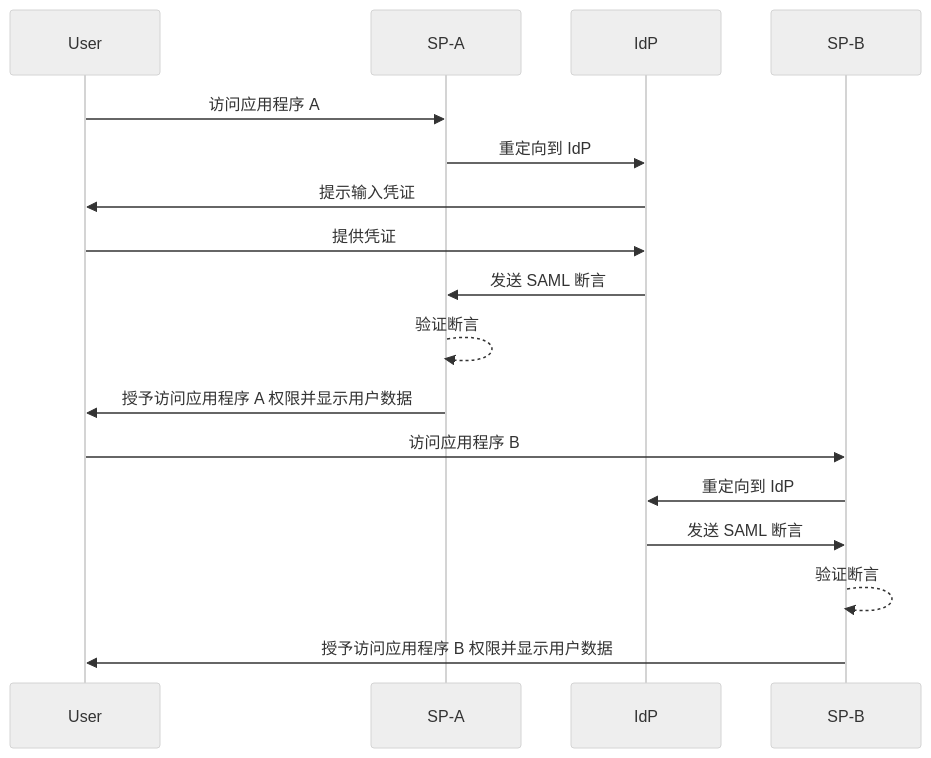
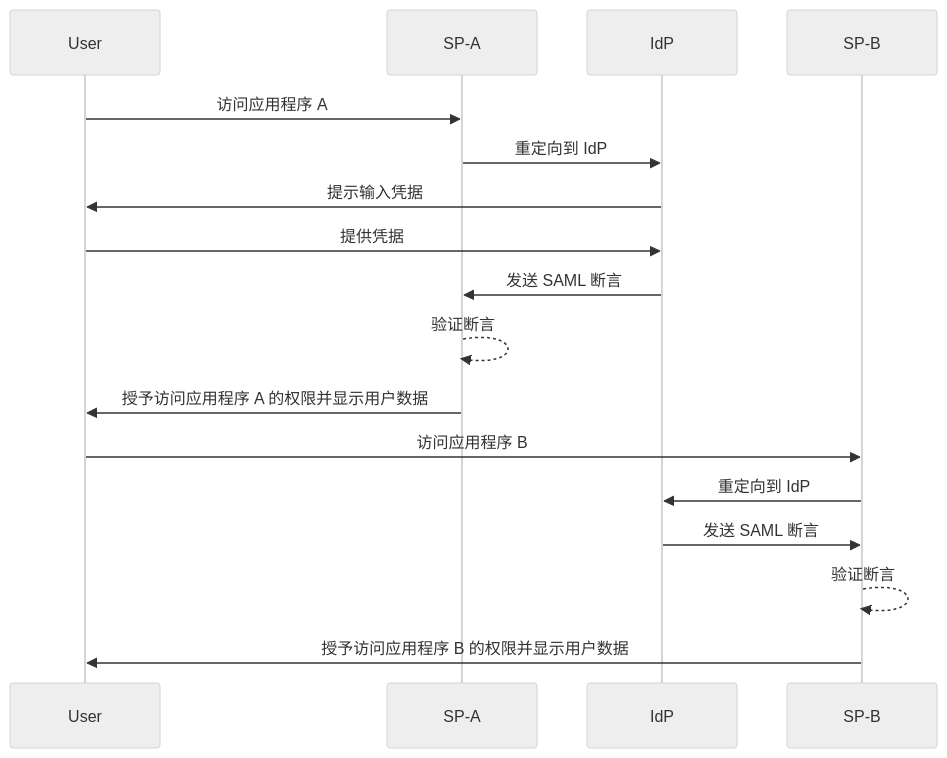
One commit to logto-io/auth-wiki changed the first of 2 diagrams in src/content/terms/zh/single-sign-on.mdx. Above: the diagram before and after it, drawn with Mermaid (neutral theme). The commit also changed other lines of this file and 8 other files, not shown here.

````diff
--- a/src/content/terms/zh/single-sign-on.mdx
+++ b/src/content/terms/zh/single-sign-on.mdx
@@ -29,20 +31,20 @@
 ```mermaid
 sequenceDiagram
     participant User
     participant SP-A
     participant IdP
     participant SP-B
 
     User->>SP-A: 访问应用程序 A
     SP-A->>IdP: 重定向到 IdP
-    IdP->>User: 提示输入凭证
-    User->>IdP: 提供凭证
+    IdP->>User: 提示输入凭据
+    User->>IdP: 提供凭据
     IdP->>SP-A: 发送 SAML 断言
     SP-A-->>SP-A: 验证断言
-    SP-A->>User: 授予访问应用程序 A 权限并显示用户数据
+    SP-A->>User: 授予访问应用程序 A 的权限并显示用户数据
     User->>SP-B: 访问应用程序 B
     SP-B->>IdP: 重定向到 IdP
     IdP->>SP-B: 发送 SAML 断言
     SP-B-->>SP-B: 验证断言
-    SP-B->>User: 授予访问应用程序 B 权限并显示用户数据
+    SP-B->>User: 授予访问应用程序 B 的权限并显示用户数据
 ```
````
